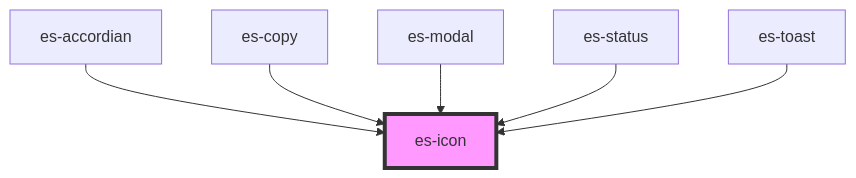
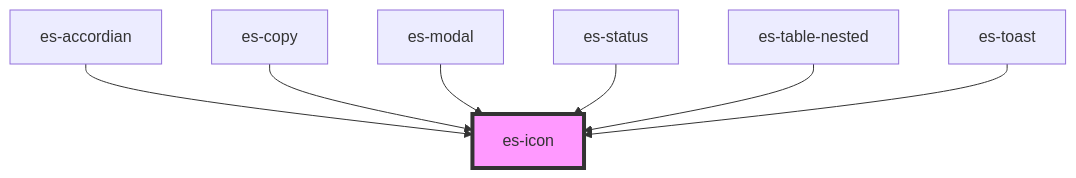
Before and after one commit to EventStore/Design-System: the diagram in packages/components/src/components/es-icon/readme.md, drawn with Mermaid. The commit also changed other lines of this file and 13 other files, not shown here.

Commit message:
table-nested and general table flexibility - move table to use css grid for flexible spanning and such - add es-table-nested for nested tables - add some better flexibility to es-table-detail-*

````diff
--- a/packages/components/src/components/es-icon/readme.md
+++ b/packages/components/src/components/es-icon/readme.md
@@ -43,9 +44,10 @@
 ```mermaid
 graph TD;
   es-accordian --> es-icon
   es-copy --> es-icon
   es-modal --> es-icon
   es-status --> es-icon
+  es-table-nested --> es-icon
   es-toast --> es-icon
   style es-icon fill:#f9f,stroke:#333,stroke-width:4px
 ```
````
